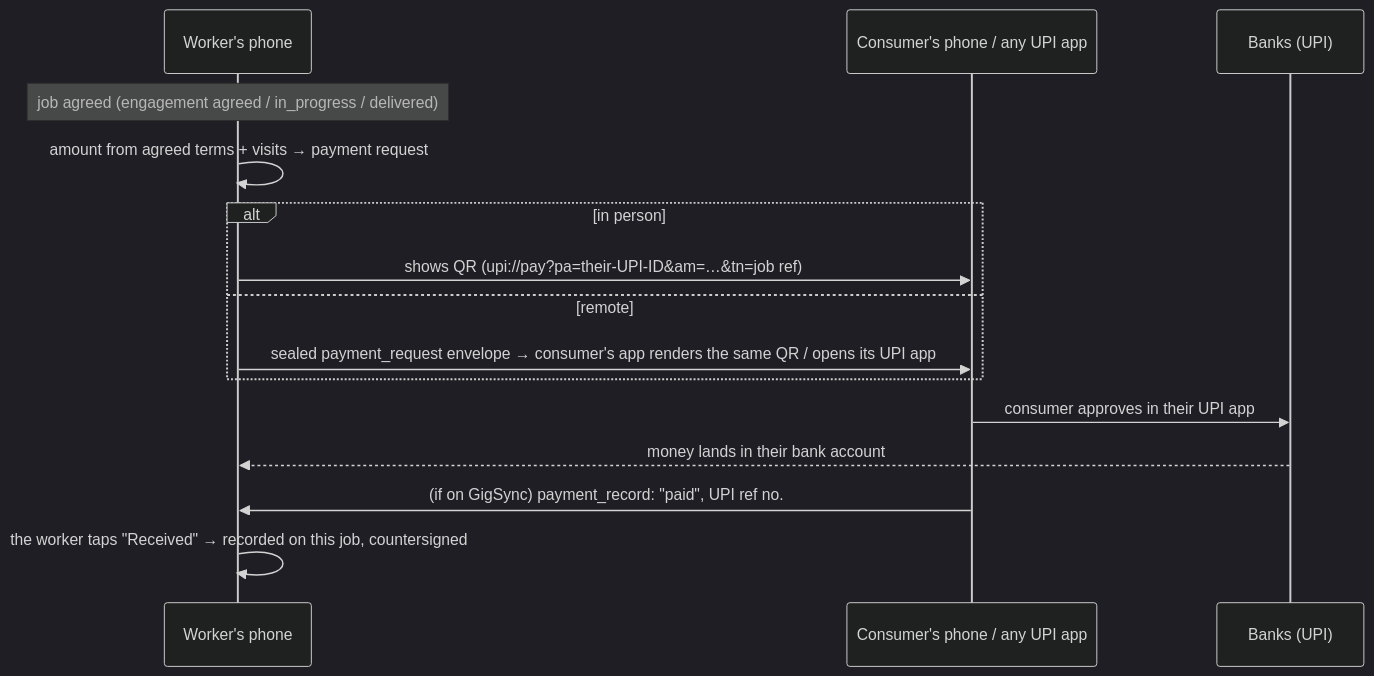
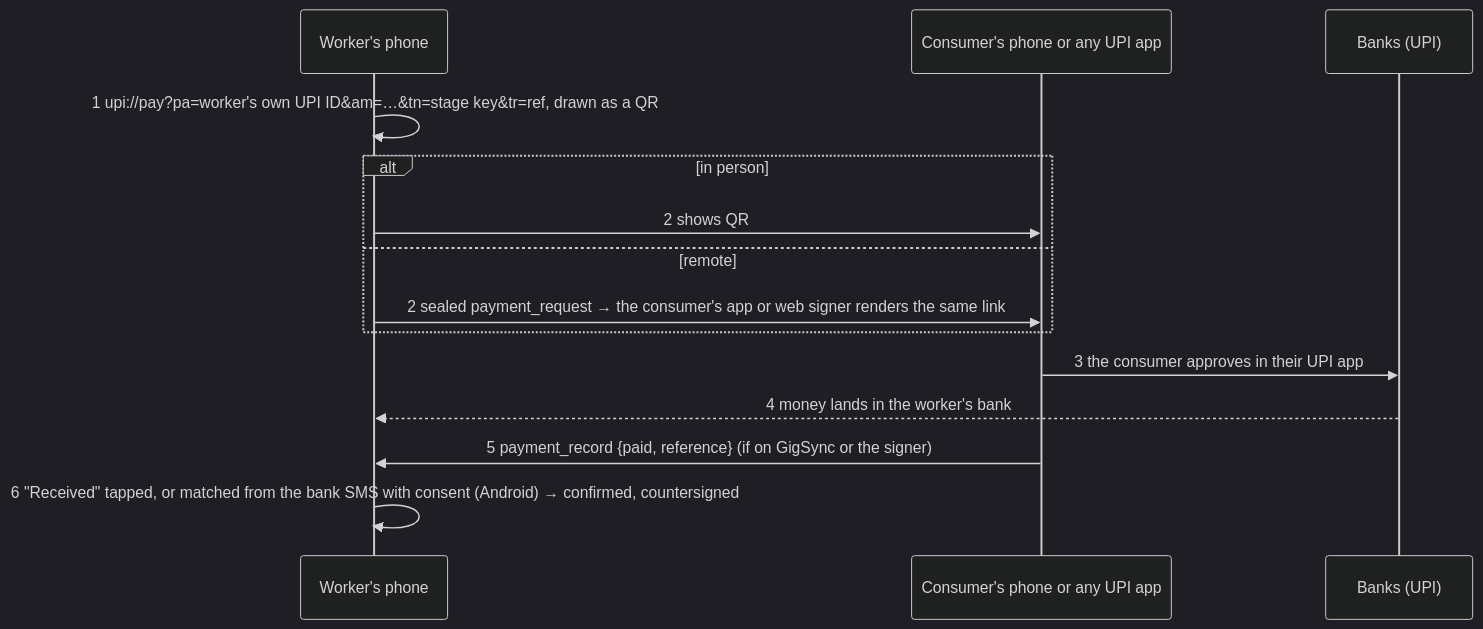
One commit to kirav5/GigSync changed the eighth of 17 diagrams in docs/gigsync/HLD.md. Above: the diagram before and after it, drawn with Mermaid (dark theme). The commit also changed other lines of this file and 28 other files, not shown here.

````diff
--- a/docs/gigsync/HLD.md
+++ b/docs/gigsync/HLD.md
@@ -187,17 +323,16 @@
 ```mermaid
 sequenceDiagram
   participant W as Worker's phone
-  participant C as Consumer's phone / any UPI app
+  participant C as Consumer's phone or any UPI app
   participant B as Banks (UPI)
-  Note over W: job agreed (engagement agreed / in_progress / delivered)
-  W->>W: amount from agreed terms + visits → payment request
+  W->>W: 1 upi://pay?pa=worker's own UPI ID&am=…&tn=stage key&tr=ref, drawn as a QR
   alt in person
-    W->>C: shows QR (upi://pay?pa=their-UPI-ID&am=…&tn=job ref)
+    W->>C: 2 shows QR
   else remote
-    W->>C: sealed payment_request envelope → consumer's app renders the same QR / opens its UPI app
+    W->>C: 2 sealed payment_request → the consumer's app or web signer renders the same link
   end
-  C->>B: consumer approves in their UPI app
-  B-->>W: money lands in their bank account
-  C->>W: (if on GigSync) payment_record: "paid", UPI ref no.
-  W->>W: the worker taps "Received" → recorded on this job, countersigned
+  C->>B: 3 the consumer approves in their UPI app
+  B-->>W: 4 money lands in the worker's bank
+  C->>W: 5 payment_record {paid, reference} (if on GigSync or the signer)
+  W->>W: 6 "Received" tapped, or matched from the bank SMS with consent (Android) → confirmed, countersigned
 ```
````
